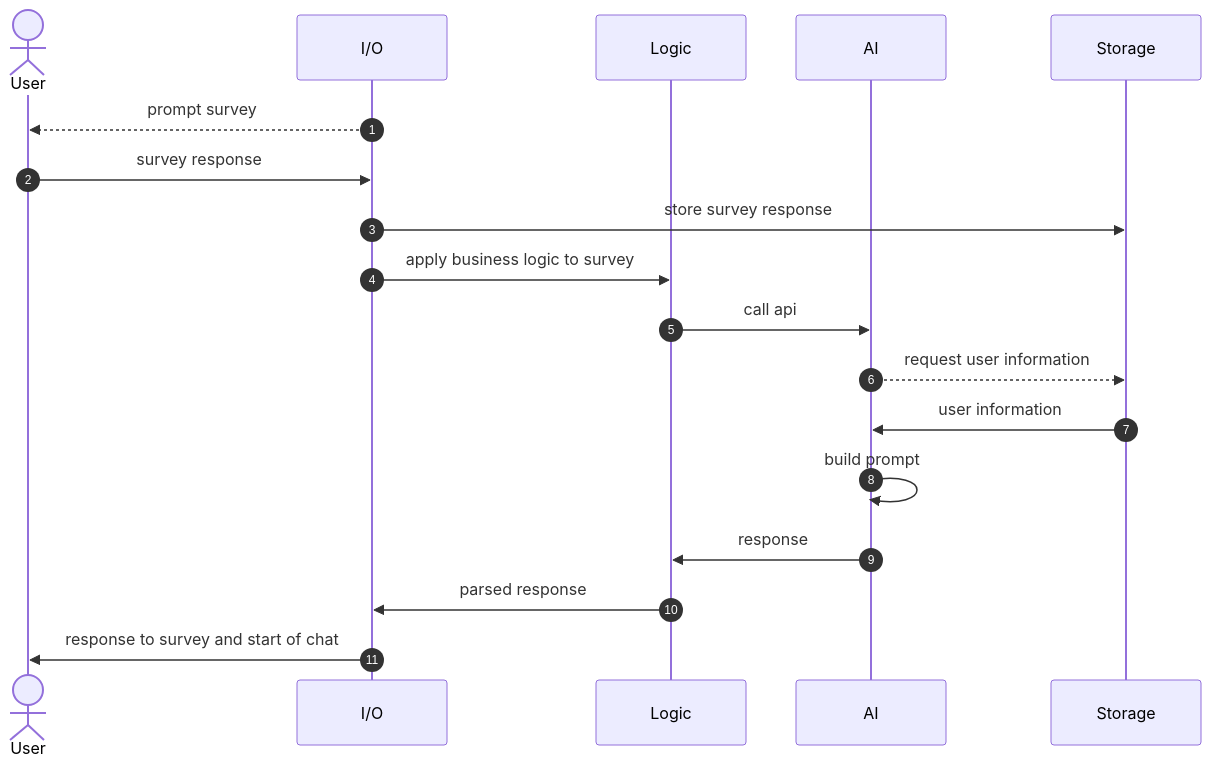
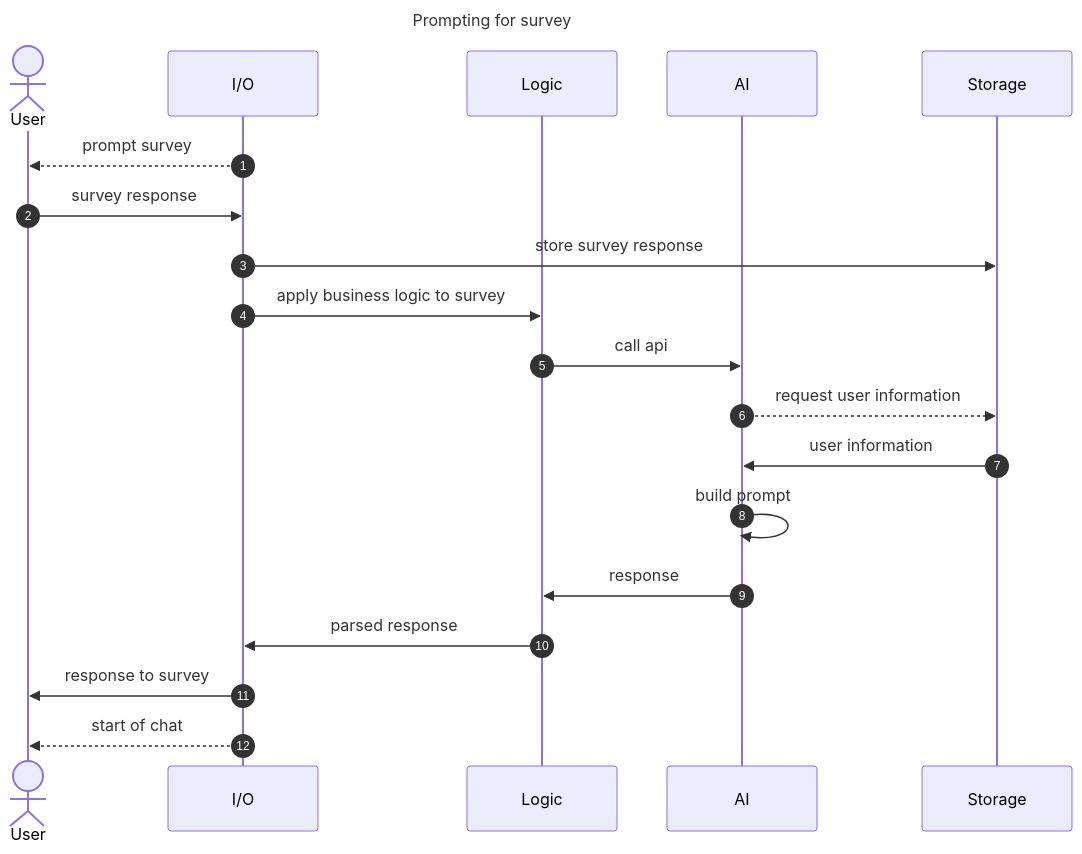
One commit to Vyngamer/INF1103_G8 changed the first of 2 diagrams in flowchart.md. Above: the diagram before and after it, drawn with Mermaid. The commit also changed other lines of this file, not shown here.

````diff
--- a/flowchart.md
+++ b/flowchart.md
@@ -1,21 +2,28 @@
 ```mermaid
+---
+title: Prompting for survey
+---
+
 sequenceDiagram
 autonumber
+
+
 actor user as User
 participant io as I/O
 participant log as Logic
 participant ai as AI
 participant storage as Storage
+
 io-->>user:prompt survey
 user->>io:survey response
 io->>storage:store survey response
 io->>log:apply business logic to survey
 log->>ai:call api
 ai-->>storage:request user information 
 storage->>ai:user information
 ai->>ai:build prompt
 ai->>log:response
 log->>io:parsed response
-io->>user:response to survey and start of chat
-
+io->>user:response to survey 
+io-->>user:start of chat
 ```
````
